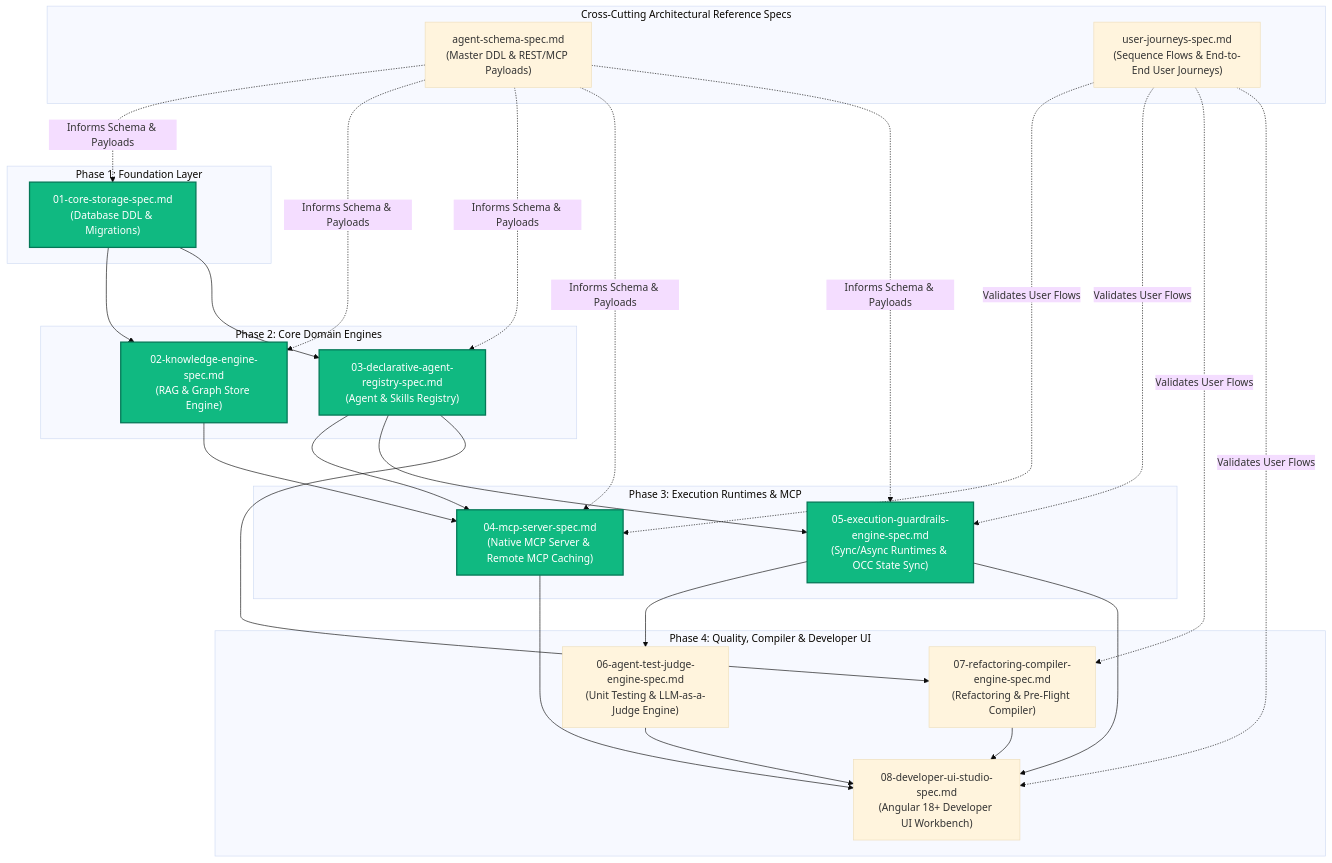
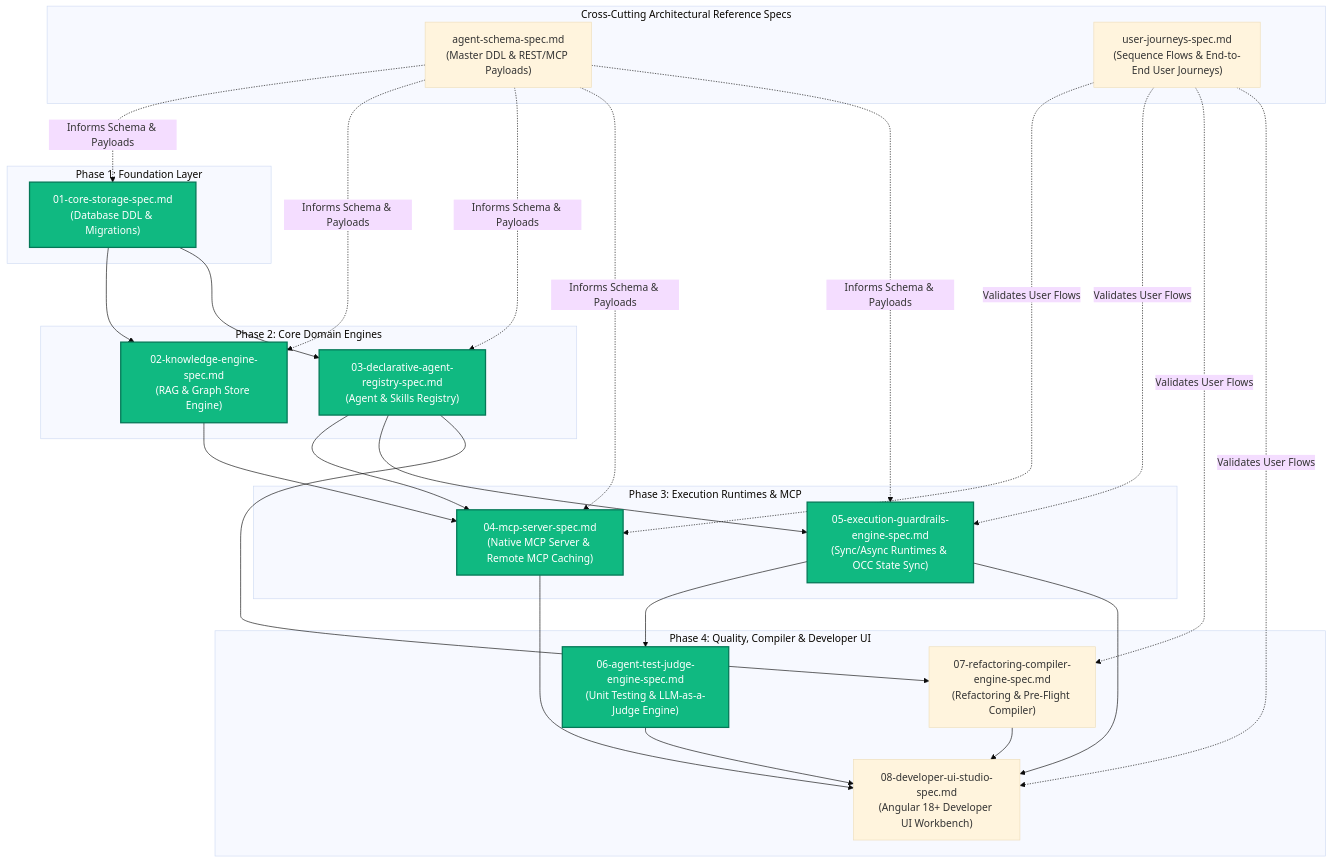
One commit to PolecatWorks/agent-as-data changed the diagram in spec/specs/README.md. Above: the diagram before and after it, drawn with Mermaid (base theme). The commit also changed other lines of this file and 16 other files, not shown here.

First line of the commit message:
feat: Implement agent test judge engine (#3)

````diff
--- a/spec/specs/README.md
+++ b/spec/specs/README.md
@@ -17,55 +17,55 @@
 ```mermaid
 flowchart TD
     subgraph CrossCuttingSpecs ["Cross-Cutting Architectural Reference Specs"]
         SchemaSpec["agent-schema-spec.md<br/>(Master DDL & REST/MCP Payloads)"]
         JourneysSpec["user-journeys-spec.md<br/>(Sequence Flows & End-to-End User Journeys)"]
     end
 
     subgraph Phase1 ["Phase 1: Foundation Layer"]
         Spec01["01-core-storage-spec.md<br/>(Database DDL & Migrations)"]:::complete
     end
 
     subgraph Phase2 ["Phase 2: Core Domain Engines"]
         Spec02["02-knowledge-engine-spec.md<br/>(RAG & Graph Store Engine)"]:::complete
         Spec03["03-declarative-agent-registry-spec.md<br/>(Agent & Skills Registry)"]:::complete
     end
 
     subgraph Phase3 ["Phase 3: Execution Runtimes & MCP"]
         Spec04["04-mcp-server-spec.md<br/>(Native MCP Server & Remote MCP Caching)"]:::complete
         Spec05["05-execution-guardrails-engine-spec.md<br/>(Sync/Async Runtimes & OCC State Sync)"]:::complete
     end
 
     subgraph Phase4 ["Phase 4: Quality, Compiler & Developer UI"]
-        Spec06["06-agent-test-judge-engine-spec.md<br/>(Unit Testing & LLM-as-a-Judge Engine)"]
+        Spec06["06-agent-test-judge-engine-spec.md<br/>(Unit Testing & LLM-as-a-Judge Engine)"]:::complete
         Spec07["07-refactoring-compiler-engine-spec.md<br/>(Refactoring & Pre-Flight Compiler)"]
         Spec08["08-developer-ui-studio-spec.md<br/>(Angular 18+ Developer UI Workbench)"]
     end
 
     classDef complete fill:#10B981,stroke:#047857,stroke-width:2px,color:#ffffff;
 
     SchemaSpec -.->|Informs Schema & Payloads| Spec01
     SchemaSpec -.->|Informs Schema & Payloads| Spec02
     SchemaSpec -.->|Informs Schema & Payloads| Spec03
     SchemaSpec -.->|Informs Schema & Payloads| Spec04
     SchemaSpec -.->|Informs Schema & Payloads| Spec05
 
     JourneysSpec -.->|Validates User Flows| Spec04
     JourneysSpec -.->|Validates User Flows| Spec05
     JourneysSpec -.->|Validates User Flows| Spec07
     JourneysSpec -.->|Validates User Flows| Spec08
 
     Spec01 --> Spec02
     Spec01 --> Spec03
 
     Spec02 --> Spec04
     Spec03 --> Spec04
     Spec03 --> Spec05
 
     Spec05 --> Spec06
     Spec03 --> Spec07
     
     Spec04 --> Spec08
     Spec05 --> Spec08
     Spec06 --> Spec08
     Spec07 --> Spec08
 ```
````
